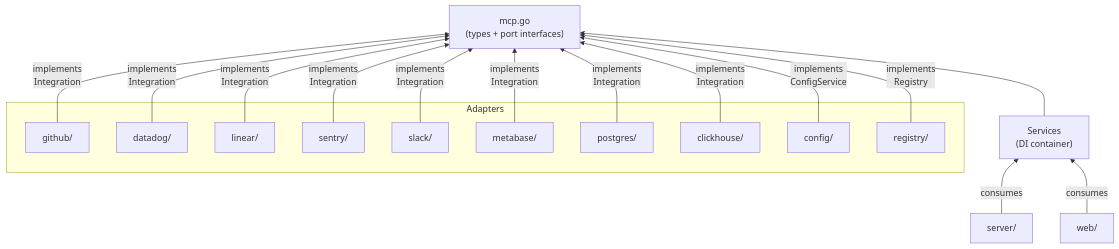
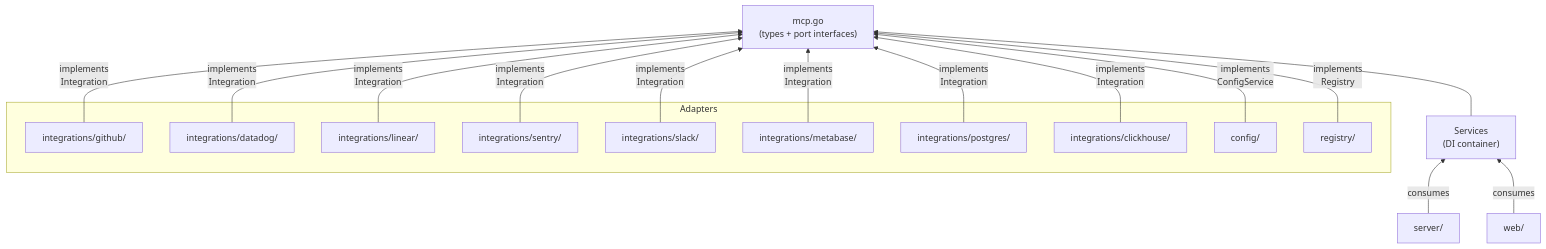
Before and after one commit to daltoniam/switchboard: the first of 2 diagrams in AGENTS.md, drawn with Mermaid. The commit also changed other lines of this file and 97 other files, not shown here.

````diff
--- a/AGENTS.md
+++ b/AGENTS.md
@@ -215,18 +216,18 @@
 ```mermaid
 graph BT
     subgraph "Adapters"
-        GH["github/"] & DD["datadog/"] & LN["linear/"]
-        SN["sentry/"] & SL["slack/"] & MB["metabase/"]
-        PG["postgres/"] & CH["clickhouse/"]
+        GH["integrations/github/"] & DD["integrations/datadog/"] & LN["integrations/linear/"]
+        SN["integrations/sentry/"] & SL["integrations/slack/"] & MB["integrations/metabase/"]
+        PG["integrations/postgres/"] & CH["integrations/clickhouse/"]
         CF["config/"] & RG["registry/"]
     end
 
     GH & DD & LN & SN & SL & MB & PG & CH -->|implements\nIntegration| Core
     CF -->|implements\nConfigService| Core
     RG -->|implements\nRegistry| Core
 
     Core["mcp.go\n(types + port interfaces)"]
 
     SRV["server/"] & WEB["web/"] -->|consumes| DI["Services\n(DI container)"]
     DI --> Core
 ```
````
